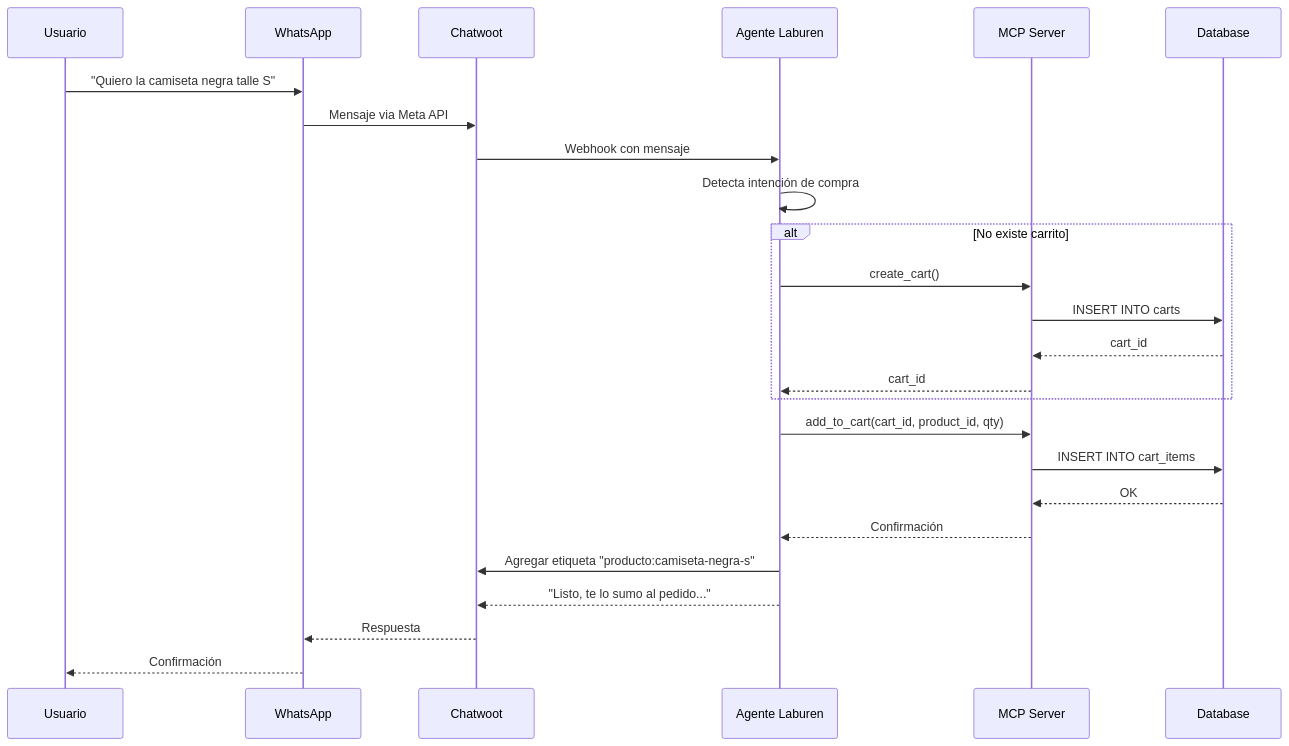
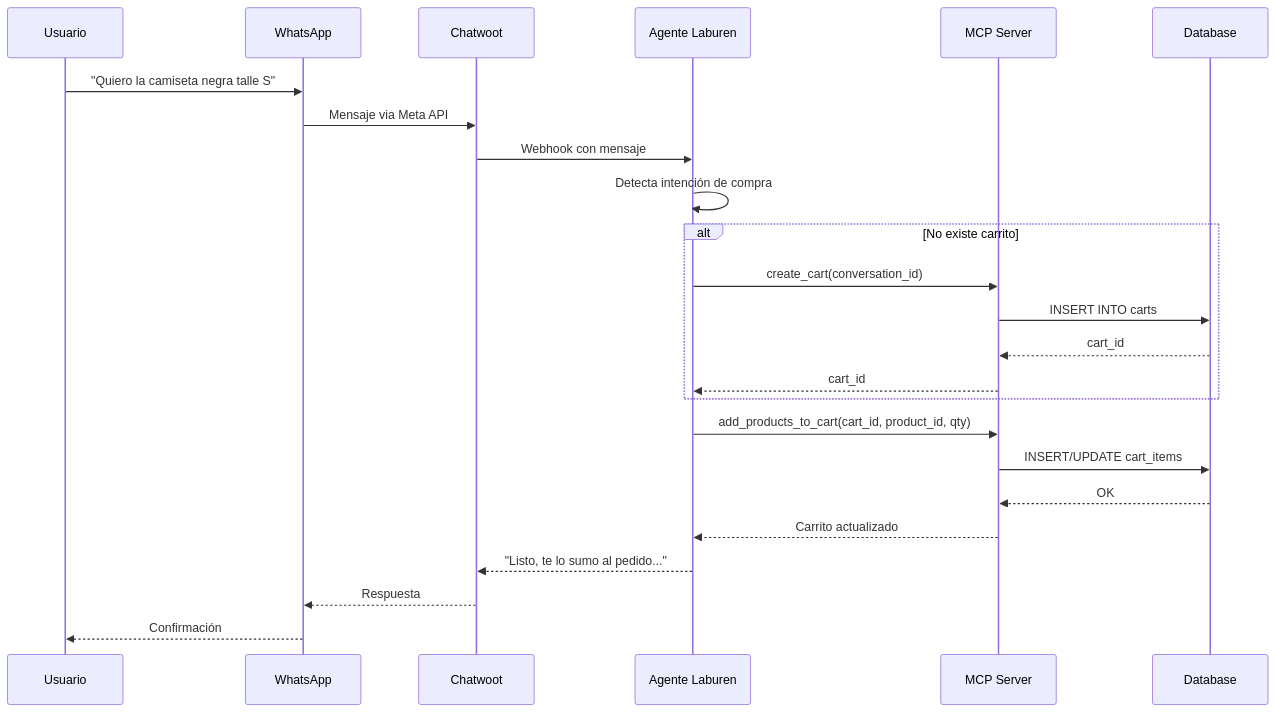
Before and after one commit to mauricioarcez/laburen-challenge: the third of 6 diagrams in docs/agent_design.md, drawn with Mermaid. The commit also changed other lines of this file and 26 other files, not shown here.

````diff
--- a/docs/agent_design.md
+++ b/docs/agent_design.md
@@ -76,31 +76,30 @@
 ```mermaid
 sequenceDiagram
     participant U as Usuario
     participant W as WhatsApp
     participant C as Chatwoot
     participant A as Agente Laburen
     participant M as MCP Server
     participant DB as Database
 
     U->>W: "Quiero la camiseta negra talle S"
     W->>C: Mensaje via Meta API
     C->>A: Webhook con mensaje
     A->>A: Detecta intención de compra
     
     alt No existe carrito
-        A->>M: create_cart()
+        A->>M: create_cart(conversation_id)
         M->>DB: INSERT INTO carts
         DB-->>M: cart_id
         M-->>A: cart_id
     end
     
-    A->>M: add_to_cart(cart_id, product_id, qty)
-    M->>DB: INSERT INTO cart_items
+    A->>M: add_products_to_cart(cart_id, product_id, qty)
+    M->>DB: INSERT/UPDATE cart_items
     DB-->>M: OK
-    M-->>A: Confirmación
+    M-->>A: Carrito actualizado
     
-    A->>C: Agregar etiqueta "producto:camiseta-negra-s"
     A-->>C: "Listo, te lo sumo al pedido..."
     C-->>W: Respuesta
     W-->>U: Confirmación
 ```
````
